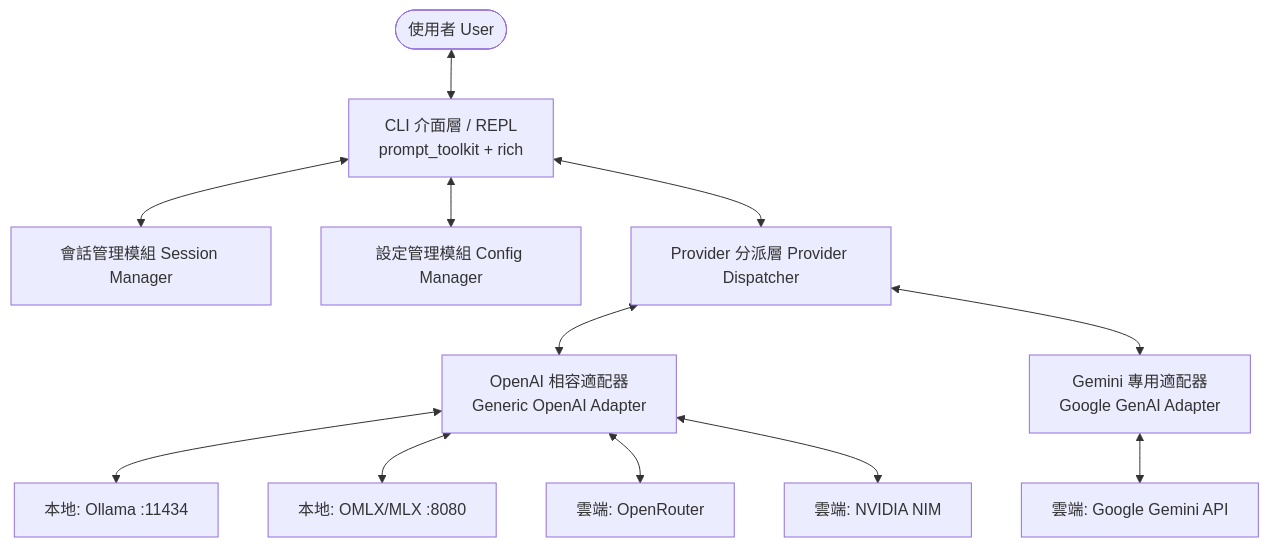
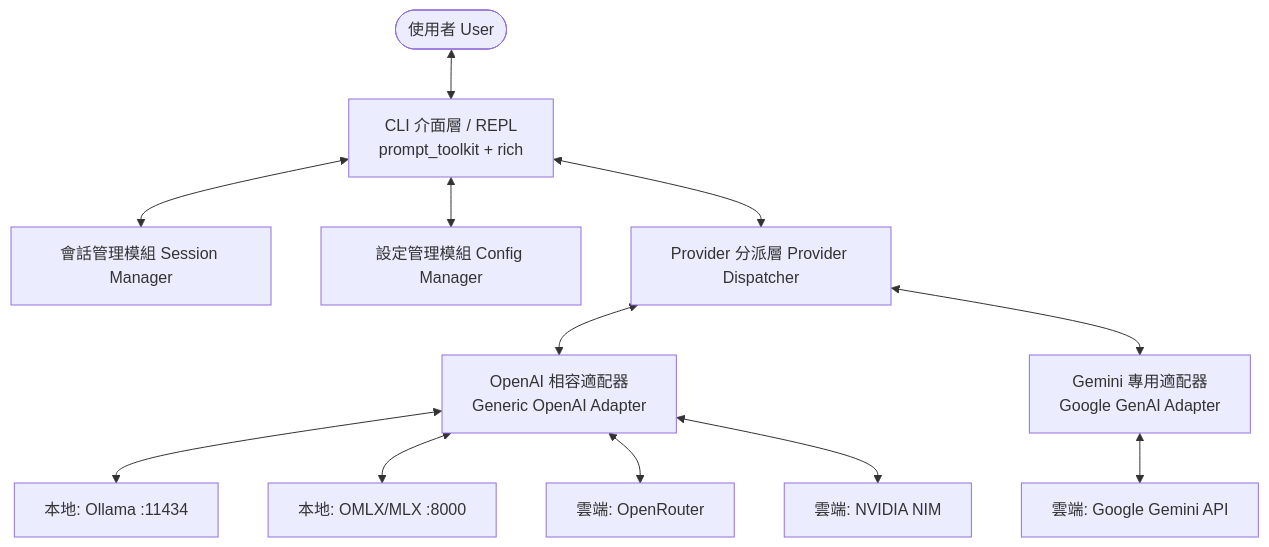
Before and after one commit to candyz/cyc: the diagram in docs/CLI_CHAT_SPEC_AND_PLAN.md, drawn with Mermaid. The commit also changed other lines of this file and 3 other files, not shown here.

````diff
--- a/docs/CLI_CHAT_SPEC_AND_PLAN.md
+++ b/docs/CLI_CHAT_SPEC_AND_PLAN.md
@@ -33,17 +33,17 @@
 ```mermaid
 flowchart TD
     User([使用者 User]) <--> CLI[CLI 介面層 / REPL\nprompt_toolkit + rich]
     CLI <--> SessionMgr[會話管理模組 Session Manager]
     CLI <--> ConfigMgr[設定管理模組 Config Manager]
     
     CLI <--> Dispatcher[Provider 分派層 Provider Dispatcher]
     
     Dispatcher <--> OpenAIEngine[OpenAI 相容適配器\nGeneric OpenAI Adapter]
     Dispatcher <--> GeminiEngine[Gemini 專用適配器\nGoogle GenAI Adapter]
     
     OpenAIEngine <--> Ollama[本地: Ollama :11434]
-    OpenAIEngine <--> OMLX[本地: OMLX/MLX :8080]
+    OpenAIEngine <--> OMLX[本地: OMLX/MLX :8000]
     OpenAIEngine <--> OpenRouter[雲端: OpenRouter]
     OpenAIEngine <--> NVIDIA[雲端: NVIDIA NIM]
     GeminiEngine <--> GeminiAPI[雲端: Google Gemini API]
 ```
````
